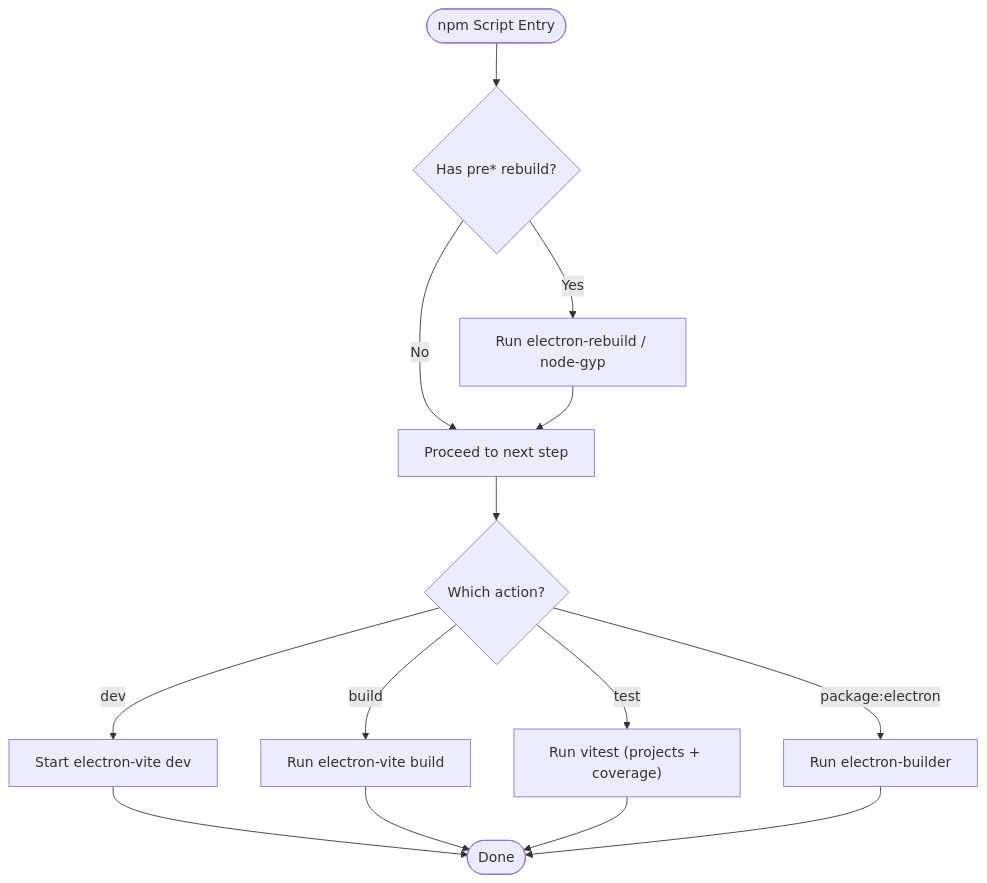
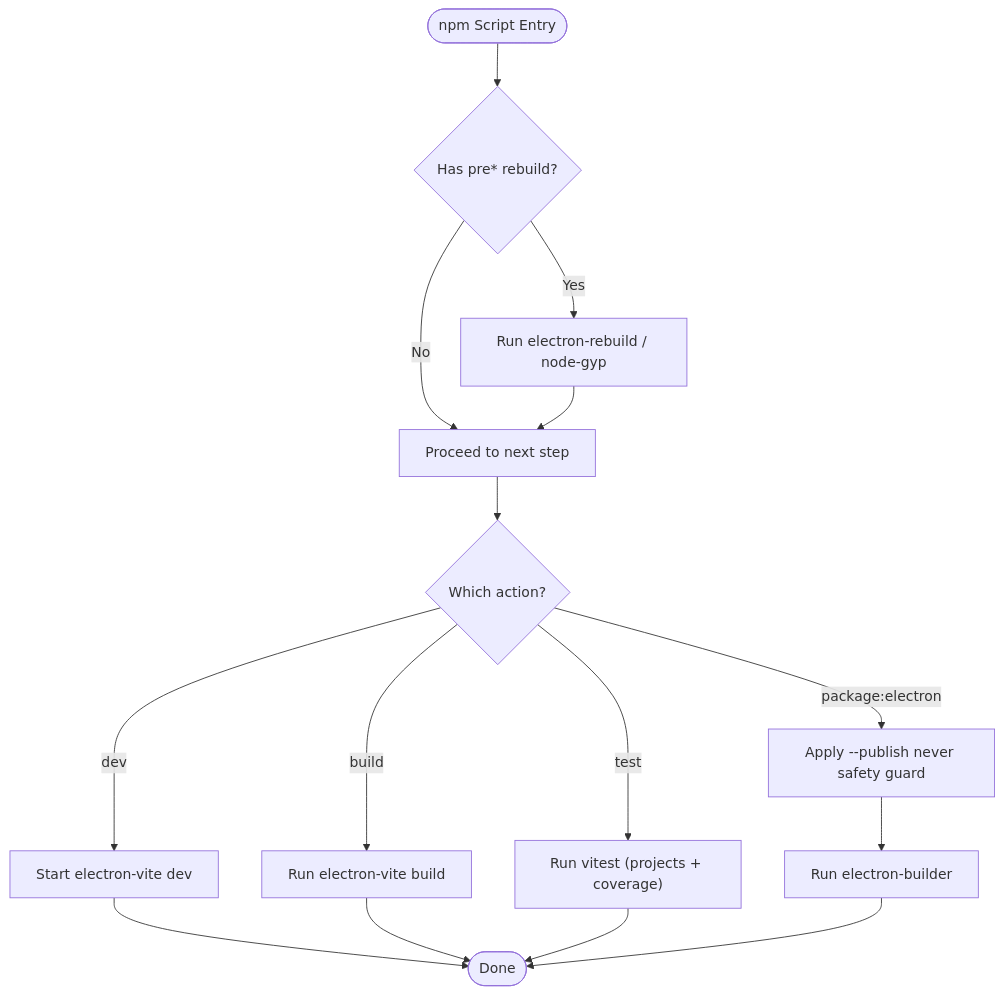
Before and after one commit to satyrlord/mixjam-electron: the third of 11 diagrams in .qoder/repowiki/en/content/Development Guidelines/CI_CD Pipeline & Build System.md, drawn with Mermaid. The commit also changed other lines of this file and 51 other files, not shown here.

````diff
--- a/.qoder/repowiki/en/content/Development Guidelines/CI_CD Pipeline & Build System.md
+++ b/.qoder/repowiki/en/content/Development Guidelines/CI_CD Pipeline & Build System.md
@@ -155,16 +167,17 @@
 ```mermaid
 flowchart TD
 Start(["npm Script Entry"]) --> PreRebuild{"Has pre* rebuild?"}
 PreRebuild --> |Yes| Rebuild["Run electron-rebuild / node-gyp"]
 PreRebuild --> |No| NextStep["Proceed to next step"]
 Rebuild --> NextStep
 NextStep --> Action{"Which action?"}
 Action --> |dev| DevServer["Start electron-vite dev"]
 Action --> |build| ProdBuild["Run electron-vite build"]
 Action --> |test| RunTests["Run vitest (projects + coverage)"]
-Action --> |package:electron| Package["Run electron-builder"]
+Action --> |package:electron| SafetyCheck["Apply --publish never safety guard"]
+SafetyCheck --> Package["Run electron-builder"]
 DevServer --> End(["Done"])
 ProdBuild --> End
 RunTests --> End
 Package --> End
 ```
````
